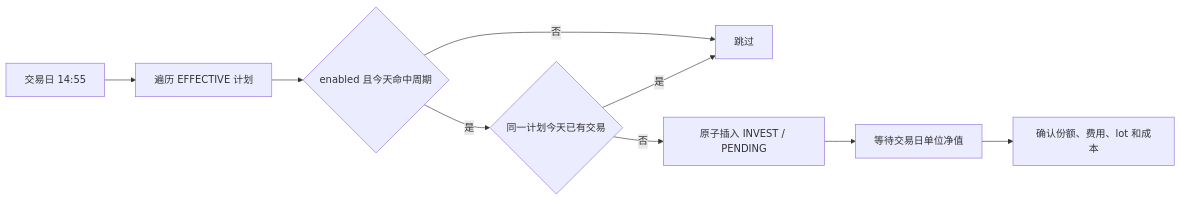
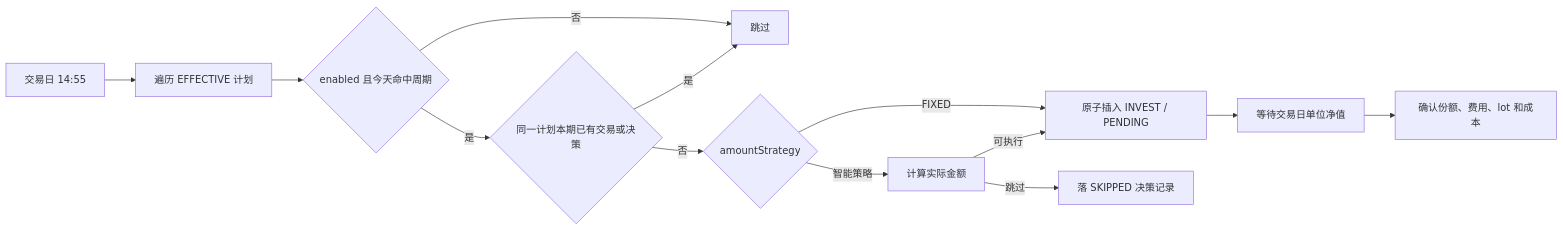
One commit to coolmentha/fundpilot changed the second of 2 diagrams in docs/business/dca.md. Above: the diagram before and after it, drawn with Mermaid. The commit also changed other lines of this file and 77 other files, not shown here.

````diff
--- a/docs/business/dca.md
+++ b/docs/business/dca.md
@@ -38,11 +53,15 @@
 ```mermaid
 flowchart LR
     A[交易日 14:55] --> B[遍历 EFFECTIVE 计划]
     B --> C{enabled 且今天命中周期}
     C -- 否 --> D[跳过]
-    C -- 是 --> E{同一计划今天已有交易}
+    C -- 是 --> E{同一计划本期已有交易或决策}
     E -- 是 --> D
-    E -- 否 --> F[原子插入 INVEST / PENDING]
-    F --> G[等待交易日单位净值]
-    G --> H[确认份额、费用、lot 和成本]
+    E -- 否 --> F{amountStrategy}
+    F -- FIXED --> G[原子插入 INVEST / PENDING]
+    F -- 智能策略 --> H[计算实际金额]
+    H -- 可执行 --> G
+    H -- 跳过 --> I[落 SKIPPED 决策记录]
+    G --> J[等待交易日单位净值]
+    J --> K[确认份额、费用、lot 和成本]
 ```
````
